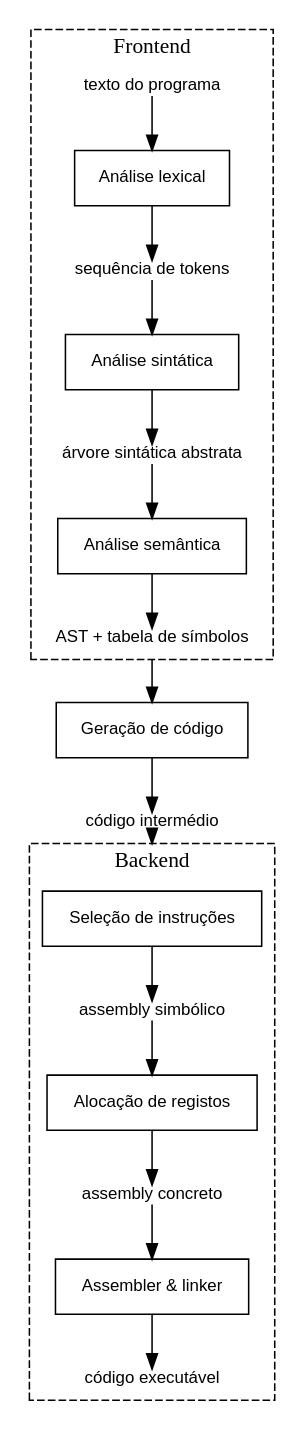
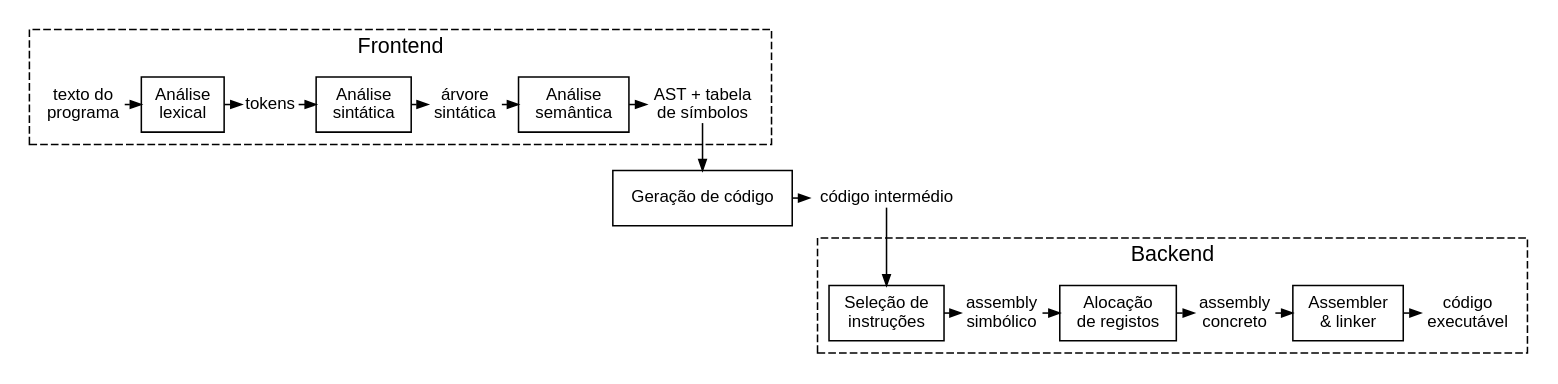
Before and after one commit to GoncaloAS/FCUP_1S_3A: the diagram in Compiladores/figuras/pipeline.dot, drawn with Graphviz. The commit also changed 101 other files, not shown here.

```diff
--- a/Compiladores/figuras/pipeline.dot
+++ b/Compiladores/figuras/pipeline.dot
@@ -1,39 +1,31 @@
 digraph pipeline {
-  rankdir=TB;
-  node [shape=box, fontname="Helvetica", fontsize=11, margin="0.15,0.08"];
-  edge [fontname="Helvetica", fontsize=10];
-  compound=true;
+  rankdir=TB; nodesep=0.15; ranksep=0.35;
+  node [shape=box, fontname="Helvetica", fontsize=11, margin="0.1,0.05"];
+  edge [fontname="Helvetica", fontsize=10, arrowsize=0.7];
 
-  texto [label="texto do programa", shape=plain];
-  lex [label="Análise lexical"];
-  toks [label="sequência de tokens", shape=plain];
-  syn [label="Análise sintática"];
-  ast [label="árvore sintática abstrata", shape=plain];
-  sem [label="Análise semântica"];
-  astf [label="AST + tabela de símbolos", shape=plain];
+  texto [label="texto do\nprograma", shape=plain];
+  lex [label="Análise\nlexical"];
+  toks [label="tokens", shape=plain];
+  syn [label="Análise\nsintática"];
+  ast [label="árvore\nsintática", shape=plain];
+  sem [label="Análise\nsemântica"];
+  astf [label="AST + tabela\nde símbolos", shape=plain];
 
   gc [label="Geração de código"];
   ci [label="código intermédio", shape=plain];
 
-  si [label="Seleção de instruções"];
-  asm1 [label="assembly simbólico", shape=plain];
-  ar [label="Alocação de registos"];
-  asm2 [label="assembly concreto", shape=plain];
-  al [label="Assembler & linker"];
-  exe [label="código executável", shape=plain];
+  si [label="Seleção de\ninstruções"];
+  asm1 [label="assembly\nsimbólico", shape=plain];
+  ar [label="Alocação\nde registos"];
+  asm2 [label="assembly\nconcreto", shape=plain];
+  al [label="Assembler\n& linker"];
+  exe [label="código\nexecutável", shape=plain];
 
-  subgraph cluster_front {
-    label="Frontend";
-    style=dashed;
-    texto -> lex -> toks -> syn -> ast -> sem -> astf;
-  }
-  subgraph cluster_back {
-    label="Backend";
-    style=dashed;
-    si -> asm1 -> ar -> asm2 -> al -> exe;
-  }
-
-  astf -> gc [ltail=cluster_front];
-  gc -> ci;
-  ci -> si [lhead=cluster_back];
+  subgraph cluster_front { label="Frontend"; fontname="Helvetica"; style=dashed;
+    {rank=same; texto -> lex -> toks -> syn -> ast -> sem -> astf;} }
+  {rank=same; gc -> ci;}
+  subgraph cluster_back { label="Backend"; fontname="Helvetica"; style=dashed;
+    {rank=same; si -> asm1 -> ar -> asm2 -> al -> exe;} }
+  astf -> gc;
+  ci -> si;
 }
```
